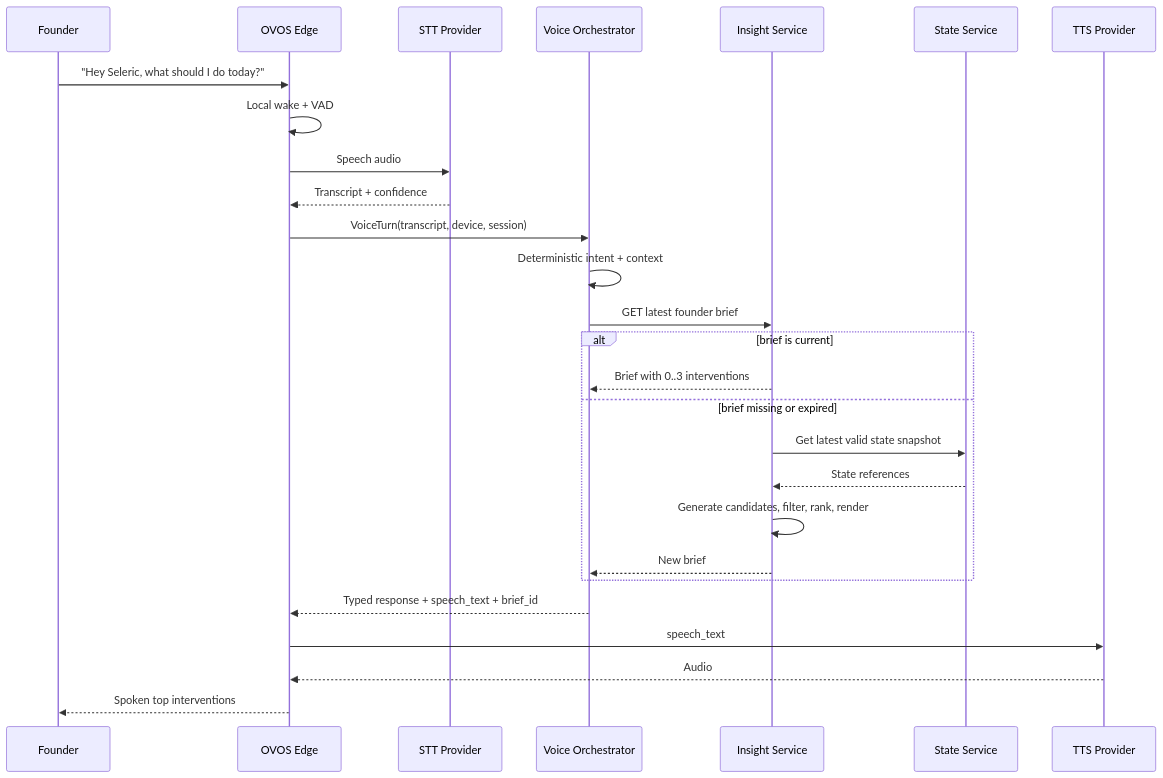
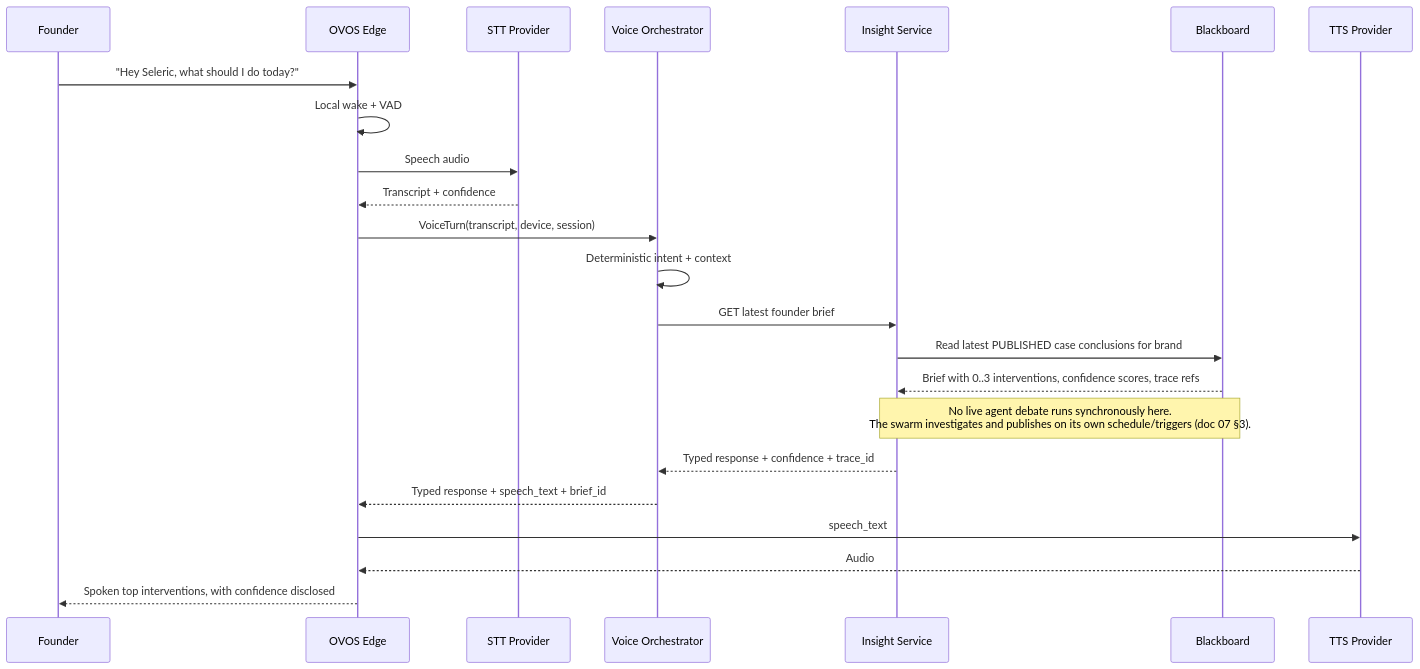
One commit to Tervigon-Collective/Seleric_Agent changed the fourth of 7 diagrams in 03_HIGH_LEVEL_DESIGN.md. Above: the diagram before and after it, drawn with Mermaid. The commit also changed other lines of this file and 26 other files, not shown here.

````diff
--- a/03_HIGH_LEVEL_DESIGN.md
+++ b/03_HIGH_LEVEL_DESIGN.md
@@ -359,30 +352,26 @@
 ```mermaid
 sequenceDiagram
     participant F as Founder
     participant E as OVOS Edge
     participant STT as STT Provider
     participant V as Voice Orchestrator
     participant I as Insight Service
-    participant S as State Service
+    participant BB as Blackboard
     participant TTS as TTS Provider
 
     F->>E: "Hey Seleric, what should I do today?"
     E->>E: Local wake + VAD
     E->>STT: Speech audio
     STT-->>E: Transcript + confidence
     E->>V: VoiceTurn(transcript, device, session)
     V->>V: Deterministic intent + context
     V->>I: GET latest founder brief
-    alt brief is current
-        I-->>V: Brief with 0..3 interventions
-    else brief missing or expired
-        I->>S: Get latest valid state snapshot
-        S-->>I: State references
-        I->>I: Generate candidates, filter, rank, render
-        I-->>V: New brief
-    end
+    I->>BB: Read latest PUBLISHED case conclusions for brand
+    BB-->>I: Brief with 0..3 interventions, confidence scores, trace refs
+    Note over I,BB: No live agent debate runs synchronously here.<br/>The swarm investigates and publishes on its own schedule/triggers (doc 07 §3).
+    I-->>V: Typed response + confidence + trace_id
     V-->>E: Typed response + speech_text + brief_id
     E->>TTS: speech_text
     TTS-->>E: Audio
-    E-->>F: Spoken top interventions
+    E-->>F: Spoken top interventions, with confidence disclosed
 ```
````
